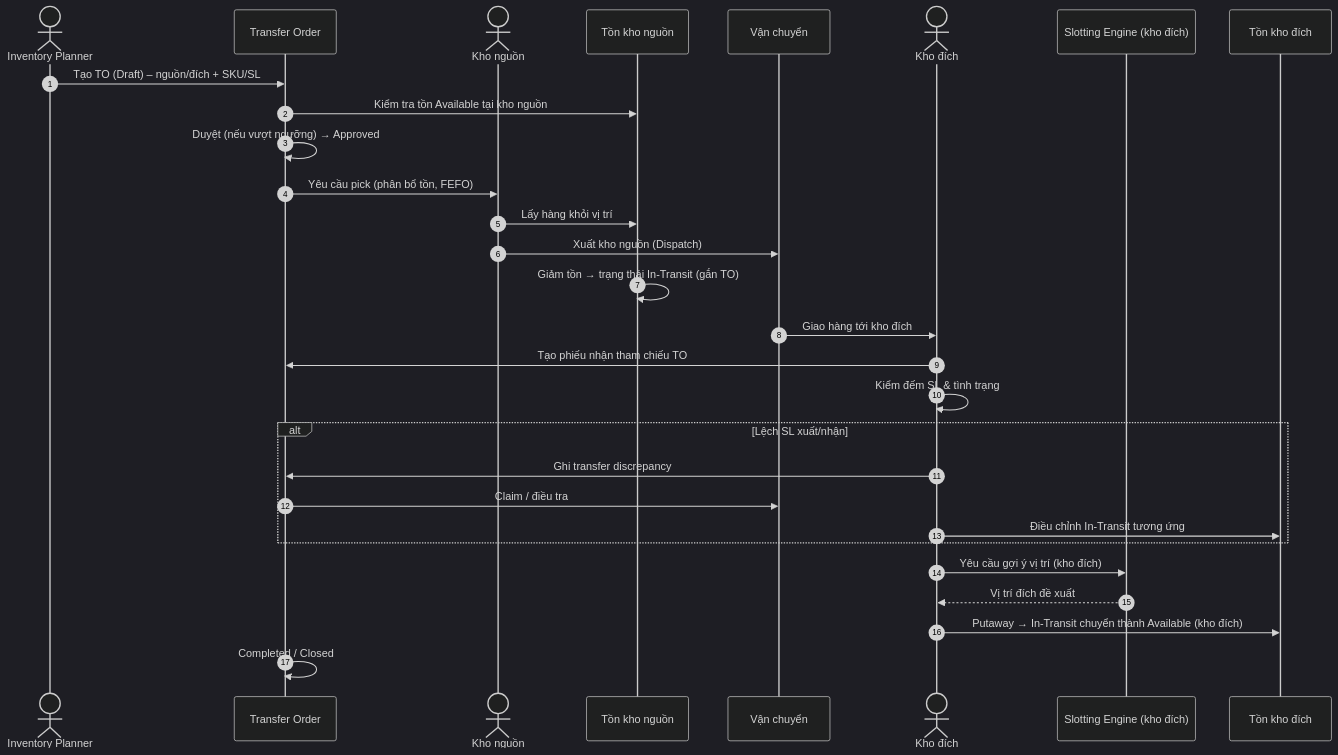
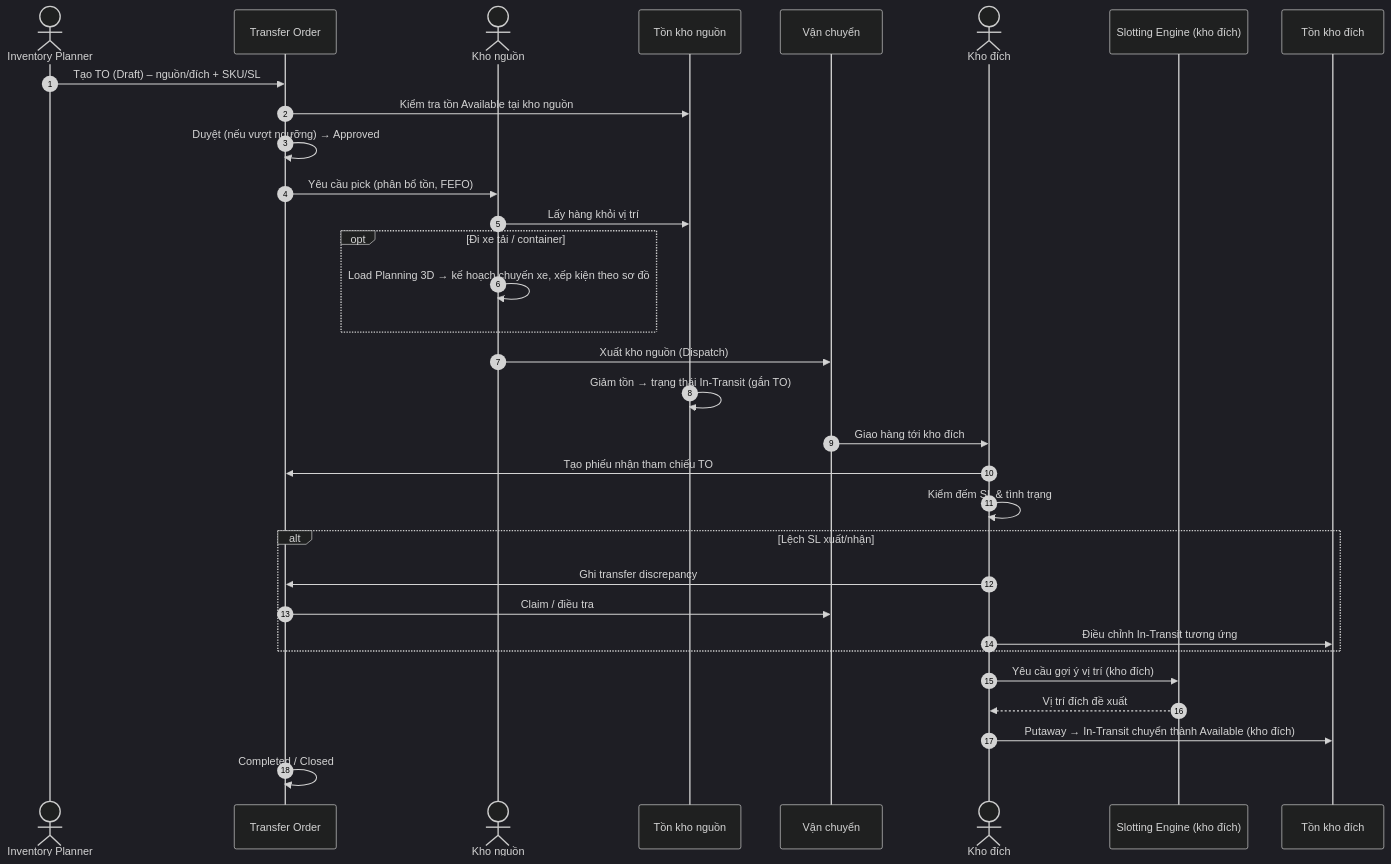
The eighth of 10 diagrams in docs/diagrams/README.md (KLTN-FA26/docs), drawn with Mermaid (dark theme) before and after one commit. The commit also changed other lines of this file and 8 other files, not shown here.

First line of the commit message:
Add 3D load planning for full-truckload shipping

````diff
--- a/docs/diagrams/README.md
+++ b/docs/diagrams/README.md
@@ -326,32 +360,35 @@
 ```mermaid
 sequenceDiagram
     autonumber
     actor PLAN as Inventory Planner
     participant TO as Transfer Order
     actor SRC as Kho nguồn
     participant INV_SRC as Tồn kho nguồn
     participant TRANS as Vận chuyển
     actor DST as Kho đích
     participant SLOT as Slotting Engine (kho đích)
     participant INV_DST as Tồn kho đích
 
     PLAN->>TO: Tạo TO (Draft) – nguồn/đích + SKU/SL
     TO->>INV_SRC: Kiểm tra tồn Available tại kho nguồn
     TO->>TO: Duyệt (nếu vượt ngưỡng) → Approved
     TO->>SRC: Yêu cầu pick (phân bổ tồn, FEFO)
     SRC->>INV_SRC: Lấy hàng khỏi vị trí
+    opt Đi xe tải / container
+        SRC->>SRC: Load Planning 3D → kế hoạch chuyến xe, xếp kiện theo sơ đồ
+    end
     SRC->>TRANS: Xuất kho nguồn (Dispatch)
     INV_SRC->>INV_SRC: Giảm tồn → trạng thái In-Transit (gắn TO)
     TRANS->>DST: Giao hàng tới kho đích
     DST->>TO: Tạo phiếu nhận tham chiếu TO
     DST->>DST: Kiểm đếm SL & tình trạng
     alt Lệch SL xuất/nhận
         DST->>TO: Ghi transfer discrepancy
         TO->>TRANS: Claim / điều tra
         DST->>INV_DST: Điều chỉnh In-Transit tương ứng
     end
     DST->>SLOT: Yêu cầu gợi ý vị trí (kho đích)
     SLOT-->>DST: Vị trí đích đề xuất
     DST->>INV_DST: Putaway → In-Transit chuyển thành Available (kho đích)
     TO->>TO: Completed / Closed
 ```
````
